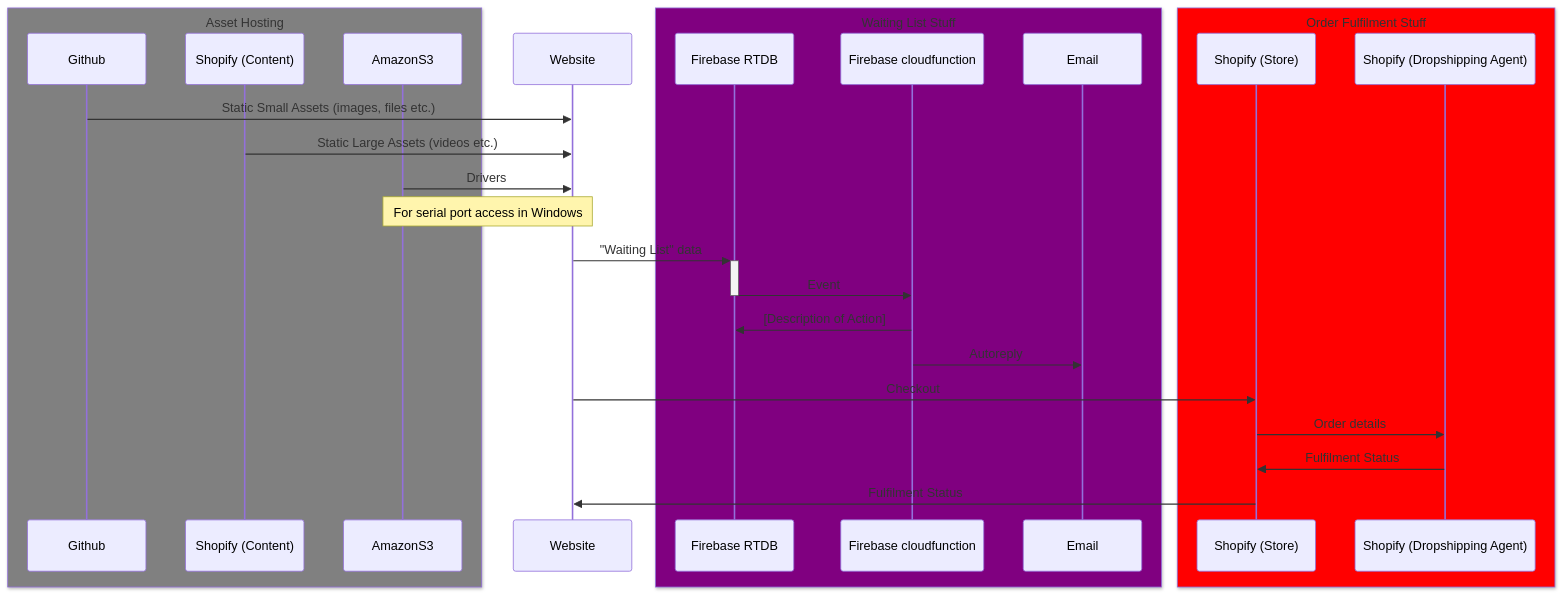
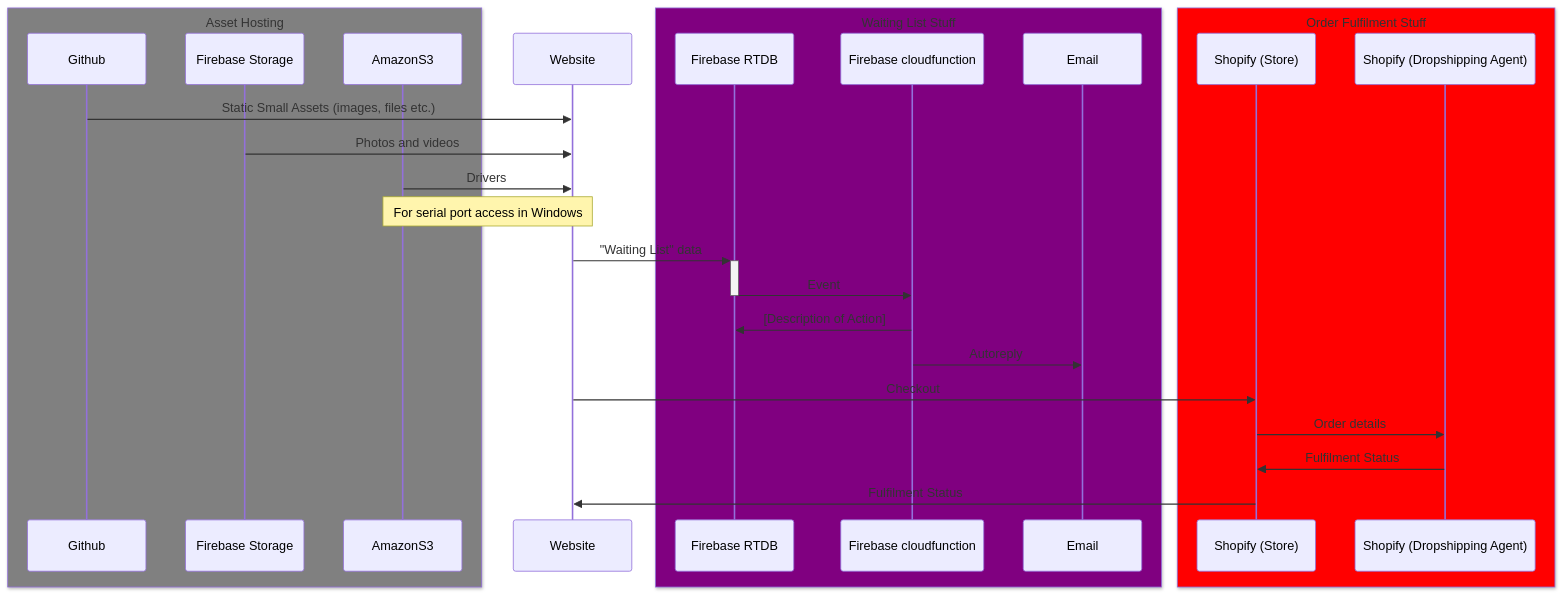
One commit to devATdbsutdio/dattabaumstudio.com changed the diagram in README.md. Above: the diagram before and after it, drawn with Mermaid. The commit also changed other lines of this file and 4 other files, not shown here.

````diff
--- a/README.md
+++ b/README.md
@@ -56,31 +56,31 @@
 ```mermaid
 sequenceDiagram
     box Gray Asset Hosting
         participant Github
-        participant ShopifyContent as Shopify (Content)
+        participant FirebaseStorage as Firebase Storage
         participant AmazonS3
     end
     participant Website
     box Purple Waiting List Stuff
         participant FirebaseDB as Firebase RTDB
         participant FirebaseFunction as Firebase cloudfunction
         participant Email
     end
     box Red Order Fulfilment Stuff
         participant ShopifyStore as Shopify (Store)
         participant ShopifyAgent as Shopify (Dropshipping Agent)
     end
 
     Github->>Website: Static Small Assets (images, files etc.)
-    ShopifyContent->>Website: Static Large Assets (videos etc.)
+    FirebaseStorage->>Website: Photos and videos
     AmazonS3->>Website: Drivers
     Note over AmazonS3,Website: For serial port access in Windows
     Website->>+FirebaseDB: "Waiting List" data
     FirebaseDB->>-FirebaseFunction: Event
     FirebaseFunction->>FirebaseDB: [Description of Action]
     FirebaseFunction->>Email: Autoreply
     Website->>ShopifyStore: Checkout
     ShopifyStore->>ShopifyAgent: Order details
     ShopifyAgent->>ShopifyStore: Fulfilment Status
     ShopifyStore->>Website: Fulfilment Status
 ```
````
